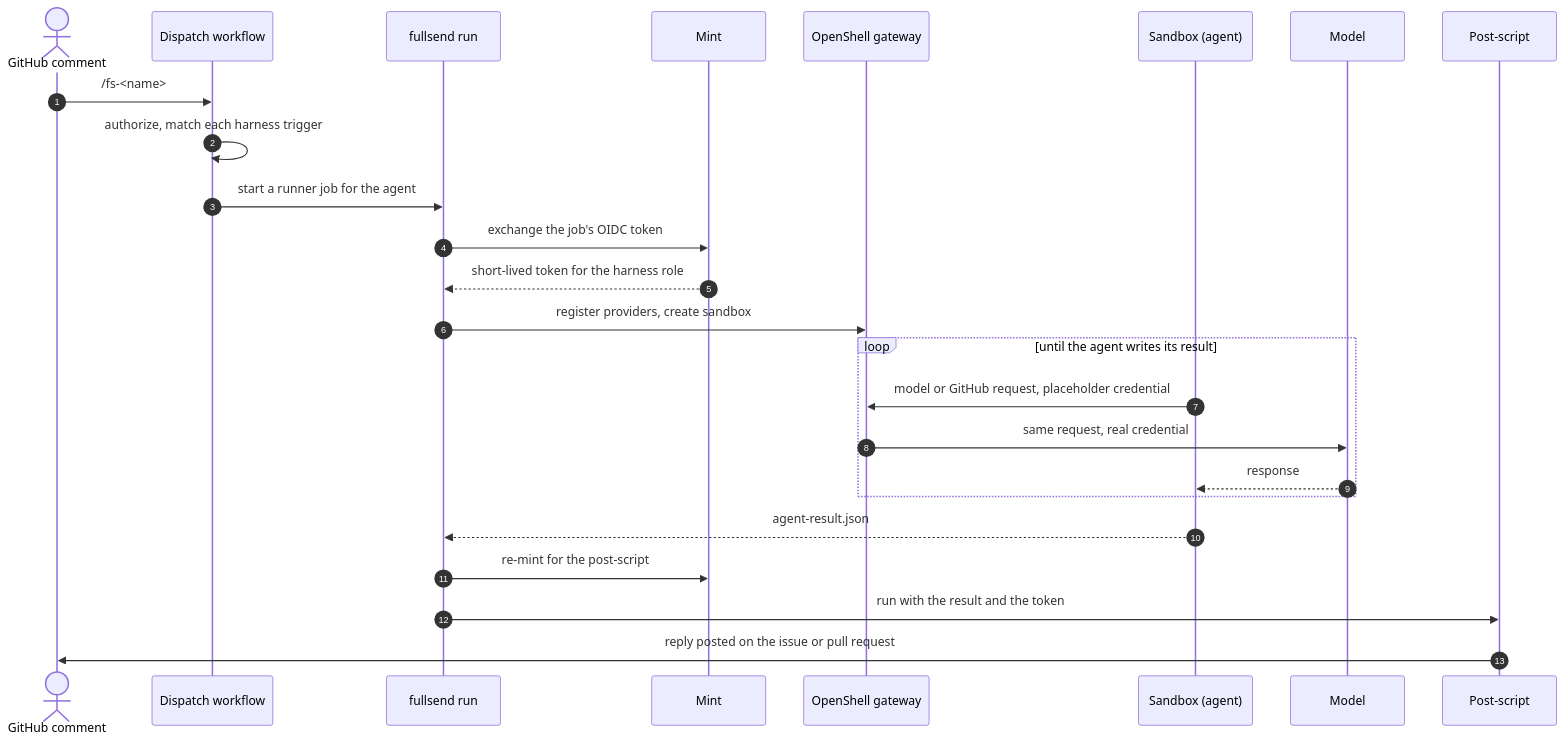
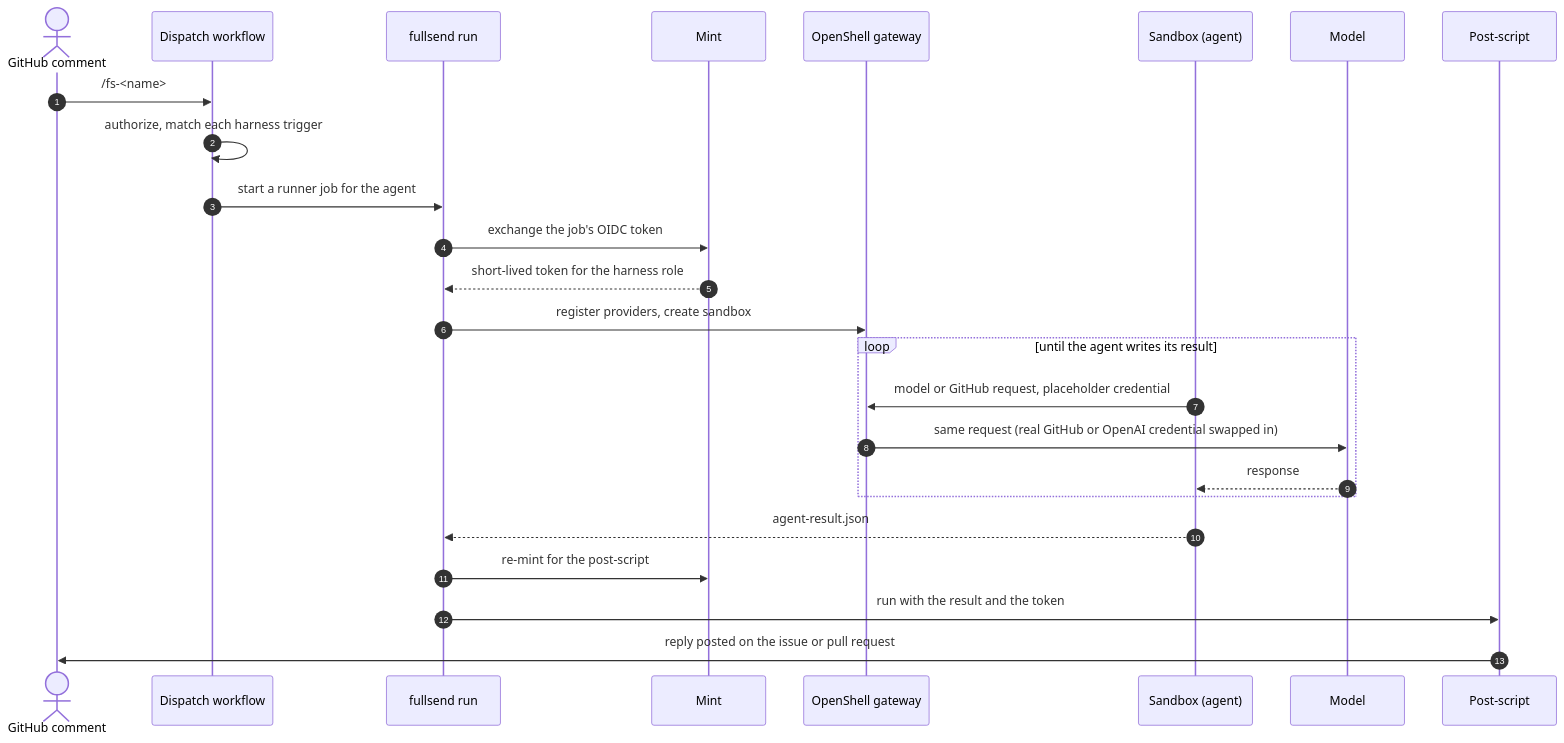
The diagram in docs/guides/user/bring-your-own-agent.md (Benkapner/fullsend), drawn with Mermaid before and after one commit. The commit also changed other lines of this file and 1 other file, not shown here.

````diff
--- a/docs/guides/user/bring-your-own-agent.md
+++ b/docs/guides/user/bring-your-own-agent.md
@@ -125,28 +137,28 @@
 ```mermaid
 sequenceDiagram
   autonumber
   actor User as GitHub comment
   participant Dispatch as Dispatch workflow
   participant Runner as fullsend run
   participant Mint
   participant Gateway as OpenShell gateway
   participant Sandbox as Sandbox (agent)
   participant Model
   participant Post as Post-script
 
   User->>Dispatch: /fs-<name>
   Dispatch->>Dispatch: authorize, match each harness trigger
   Dispatch->>Runner: start a runner job for the agent
   Runner->>Mint: exchange the job's OIDC token
   Mint-->>Runner: short-lived token for the harness role
   Runner->>Gateway: register providers, create sandbox
   loop until the agent writes its result
     Sandbox->>Gateway: model or GitHub request, placeholder credential
-    Gateway->>Model: same request, real credential
+    Gateway->>Model: same request (real GitHub or OpenAI credential swapped in)
     Model-->>Sandbox: response
   end
   Sandbox-->>Runner: agent-result.json
   Runner->>Mint: re-mint for the post-script
   Runner->>Post: run with the result and the token
   Post->>User: reply posted on the issue or pull request
 ```
````
